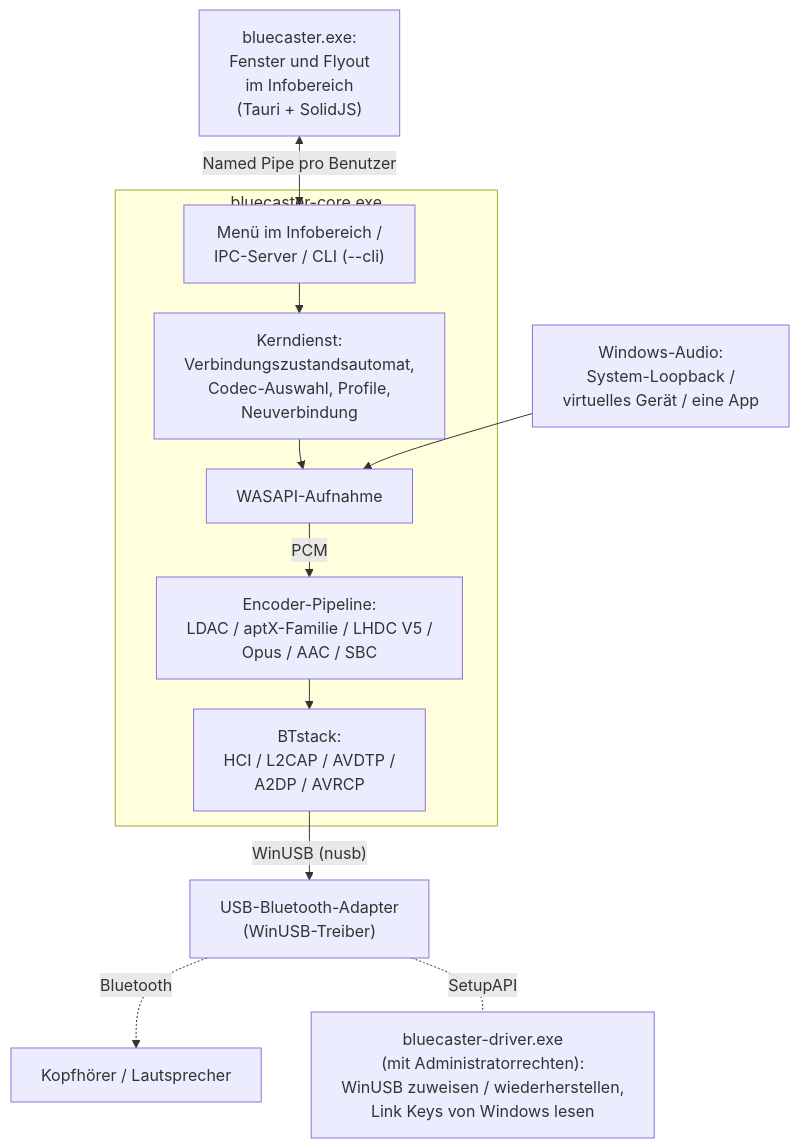
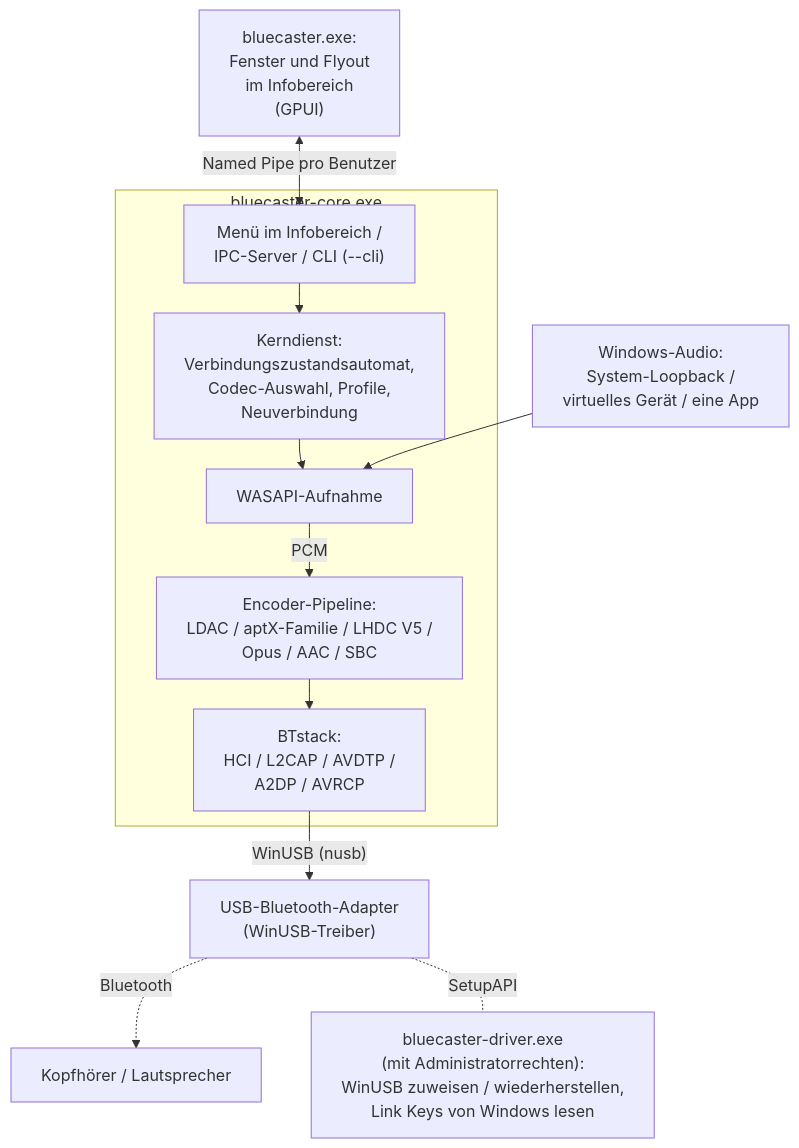
The first of 5 diagrams in docs/de/architecture.md (RxMaxx/A2DP-Windows-Bridge), drawn with Mermaid before and after one commit. The commit also changed other lines of this file and 517 other files, not shown here.

First line of the commit message:
Replace the Tauri window with the GPUI one

````diff
--- a/docs/de/architecture.md
+++ b/docs/de/architecture.md
@@ -43,22 +43,22 @@
 ```mermaid
 ---
 config:
   flowchart:
     wrappingWidth: 480
     rankSpacing: 30
 ---
 flowchart TB
-    ui["bluecaster.exe:<br>Fenster und Flyout<br>im Infobereich<br>(Tauri + SolidJS)"]
+    ui["bluecaster.exe:<br>Fenster und Flyout<br>im Infobereich<br>(GPUI)"]
     src["Windows-Audio:<br>System-Loopback /<br>virtuelles Gerät / eine App"]
     subgraph core["bluecaster-core.exe"]
         ctl["Menü im Infobereich /<br>IPC-Server / CLI (--cli)"] --> svc["Kerndienst:<br>Verbindungszustandsautomat,<br>Codec-Auswahl, Profile,<br>Neuverbindung"]
         svc --> cap["WASAPI-Aufnahme"]
         cap -- PCM --> enc["Encoder-Pipeline:<br>LDAC / aptX-Familie / LHDC V5 /<br>Opus / AAC / SBC"]
         enc --> bt["BTstack:<br>HCI / L2CAP / AVDTP /<br>A2DP / AVRCP"]
     end
     ui <-->|"Named Pipe pro Benutzer"| ctl
     src --> cap
     bt -->|"WinUSB (nusb)"| usb["USB-Bluetooth-Adapter<br>(WinUSB-Treiber)"]
     usb -. Bluetooth .-> hp["Kopfhörer / Lautsprecher"]
     usb -.-|SetupAPI| drv["bluecaster-driver.exe<br>(mit Administratorrechten):<br>WinUSB zuweisen / wiederherstellen,<br>Link Keys von Windows lesen"]
 ```
````
